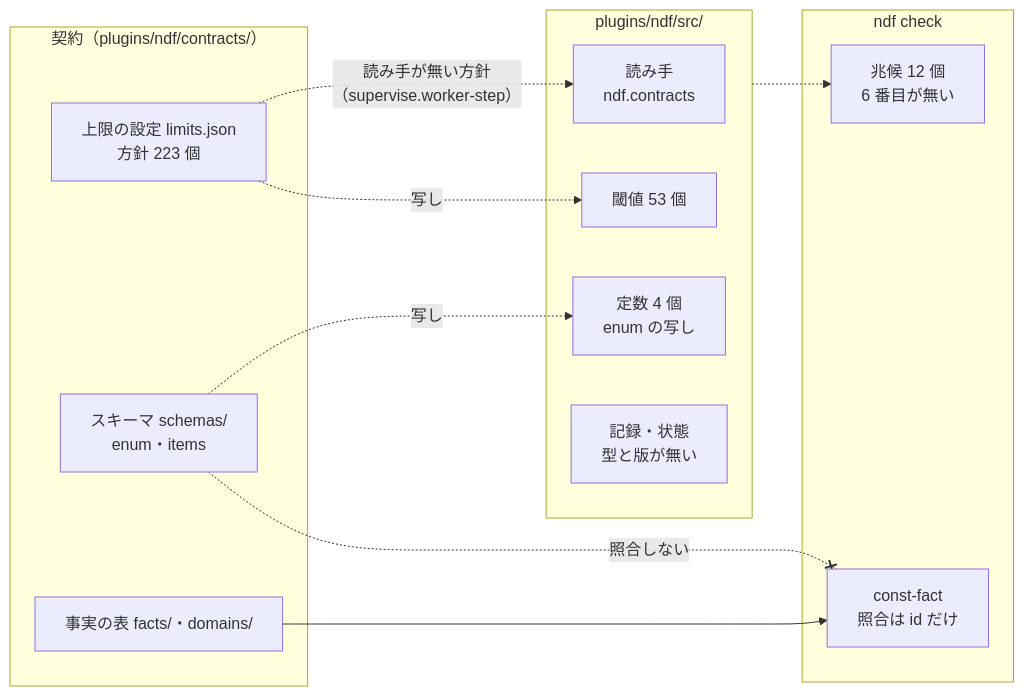
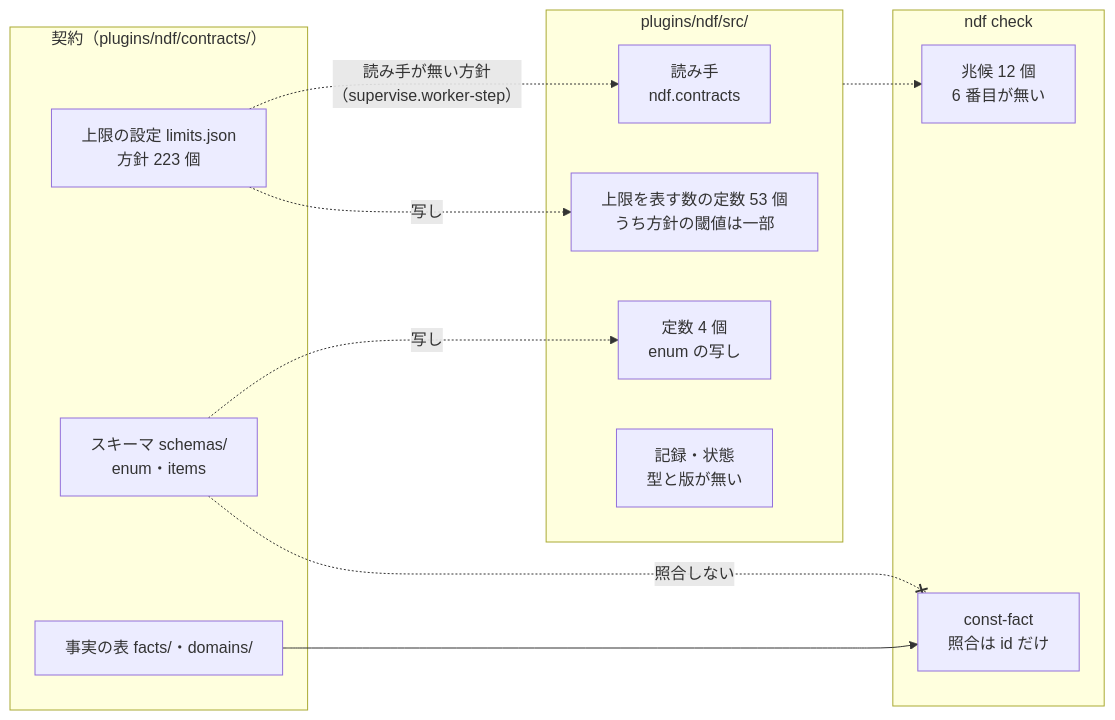
Before and after one commit to devbasex/ai-plugins: the first of 4 diagrams in issues/issue-3684-3667-2339-design.md, drawn with Mermaid. The commit also changed other lines of this file and 3 other files, not shown here.

````diff
--- a/issues/issue-3684-3667-2339-design.md
+++ b/issues/issue-3684-3667-2339-design.md
@@ -17,24 +17,24 @@
 ```mermaid
 flowchart LR
   subgraph 正本["契約（plugins/ndf/contracts/）"]
     L["上限の設定 limits.json<br/>方針 223 個"]
     S["スキーマ schemas/<br/>enum・items"]
     F["事実の表 facts/・domains/"]
   end
   subgraph コード["plugins/ndf/src/"]
     R["読み手<br/>ndf.contracts"]
     C["定数 4 個<br/>enum の写し"]
-    T["閾値 53 個"]
+    T["上限を表す数の定数 53 個<br/>うち方針の閾値は一部"]
     N["記録・状態<br/>型と版が無い"]
   end
   subgraph 検査["ndf check"]
     CF["const-fact<br/>照合は id だけ"]
     SM["兆候 12 個<br/>6 番目が無い"]
   end
   L -. "読み手が無い方針<br/>（supervise.worker-step）" .-> R
   S -. "写し" .-> C
   L -. "写し" .-> T
   F --> CF
   S -. "照合しない" .-x CF
   コード -.-> SM
 ```
````
